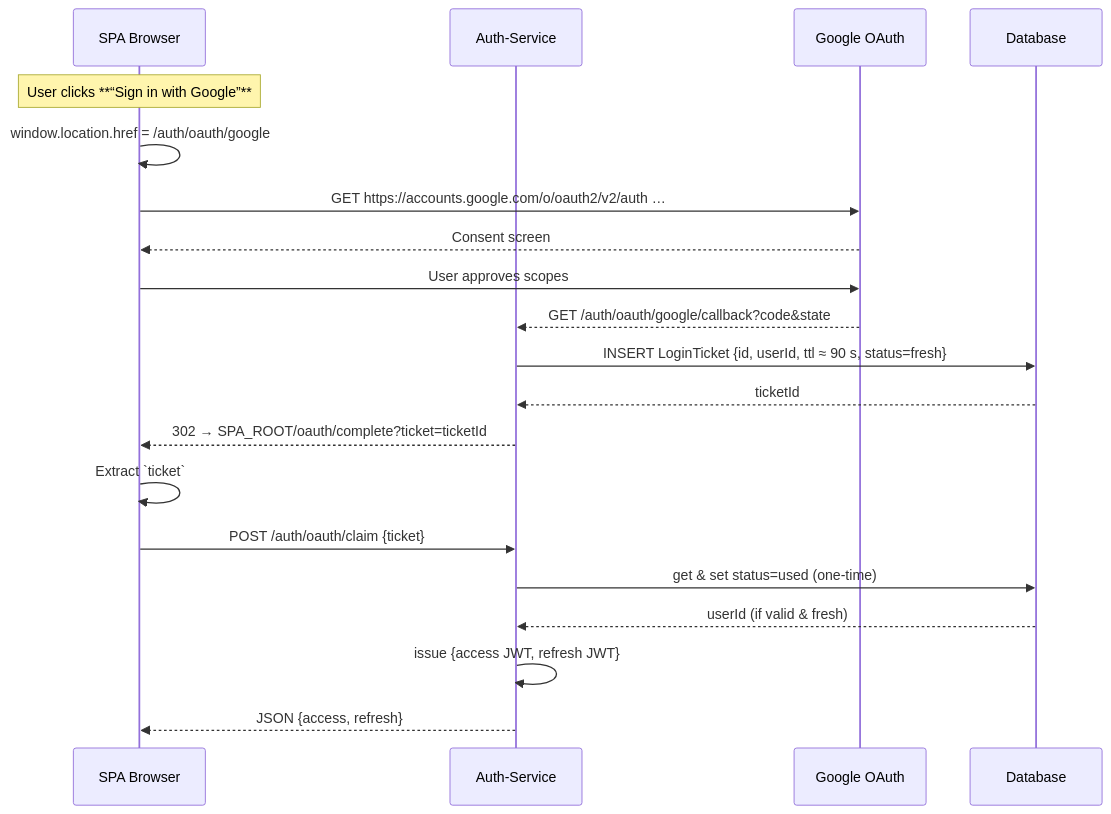
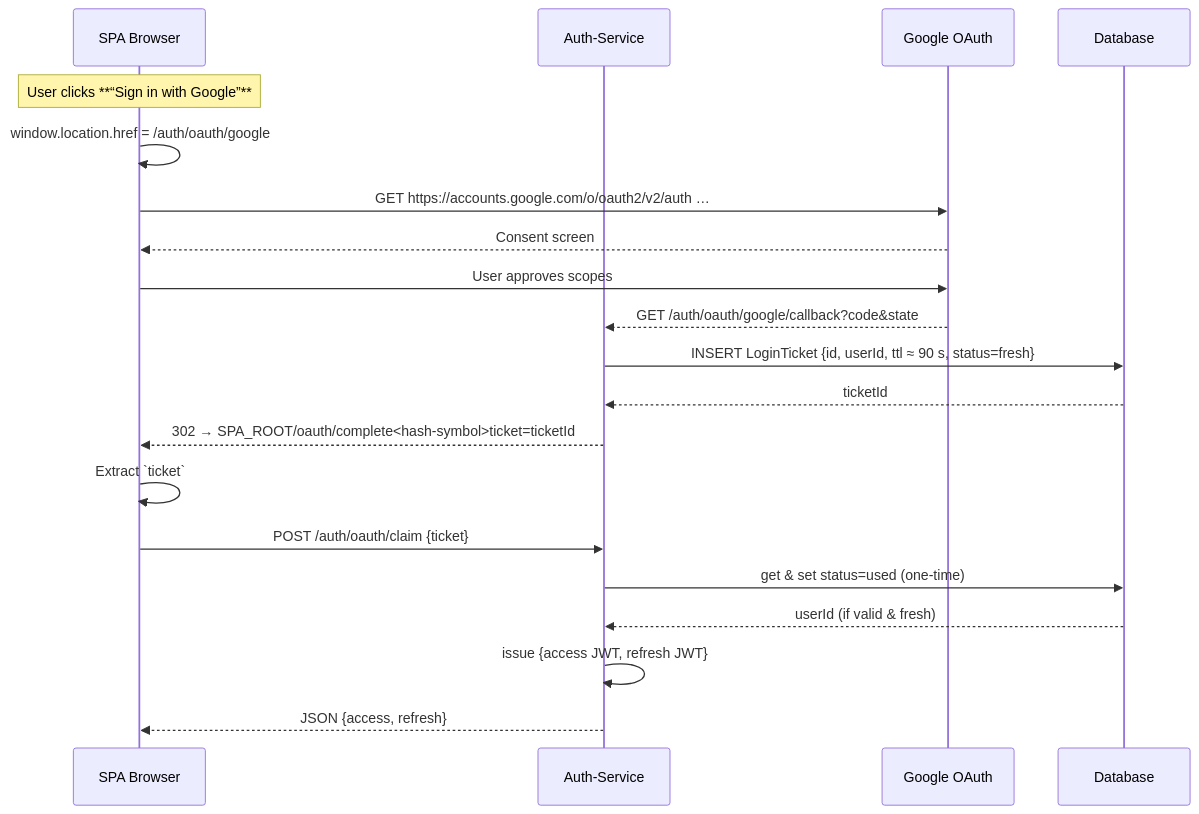
One commit to jesuismarie/ft_transcendence changed the fifth of 5 diagrams in backend/auth-service/README.md. Above: the diagram before and after it, drawn with Mermaid. The commit also changed other lines of this file, not shown here.

````diff
--- a/backend/auth-service/README.md
+++ b/backend/auth-service/README.md
@@ -351,26 +210,26 @@
 ```mermaid
 sequenceDiagram
     participant SPA 	as	SPA Browser
     participant Auth	as	Auth-Service
     participant Google	as	Google OAuth
     participant DB		as	Database
 
     Note over SPA: User clicks **“Sign in with Google”**
     SPA ->> SPA: window.location.href = /auth/oauth/google
 
     SPA ->> Google: GET https://accounts.google.com/o/oauth2/v2/auth …
     Google -->> SPA: Consent screen
     SPA ->> Google: User approves scopes
     Google -->> Auth: GET /auth/oauth/google/callback?code&state
 
     Auth ->> DB: INSERT LoginTicket {id, userId, ttl ≈ 90 s, status=fresh}
     DB -->> Auth: ticketId
-    Auth -->> SPA: 302 → SPA_ROOT/oauth/complete?ticket=ticketId
+    Auth -->> SPA: 302 → SPA_ROOT/oauth/complete<hash-symbol>ticket=ticketId
 
     SPA ->> SPA: Extract `ticket`
     SPA ->> Auth: POST /auth/oauth/claim {ticket}
     Auth ->> DB: get & set status=used (one-time)
     DB -->> Auth: userId (if valid & fresh)
     Auth ->> Auth: issue {access JWT, refresh JWT}
     Auth -->> SPA: JSON {access, refresh}
 ```
````
